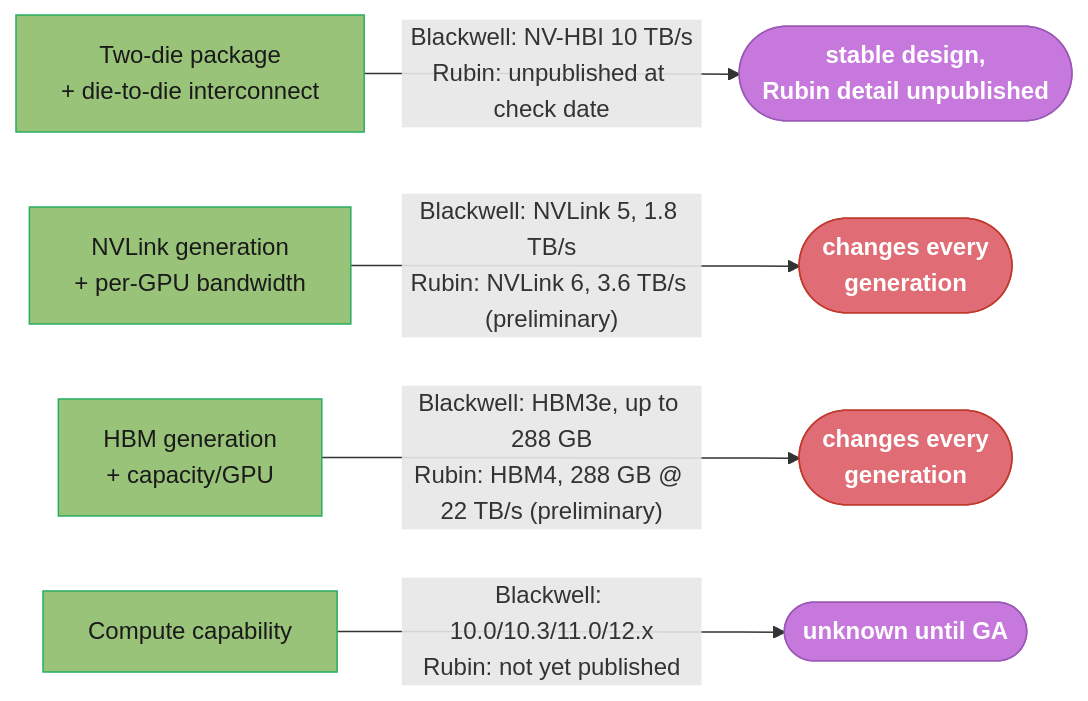
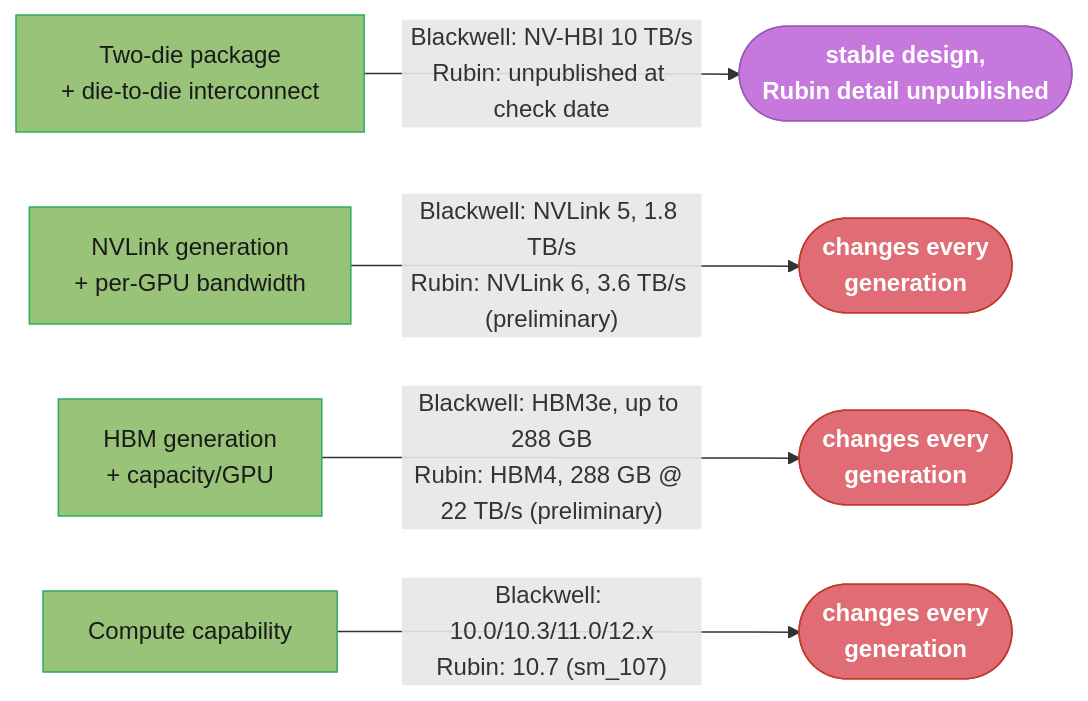
Before and after one commit to rppol/system-design: the second of 2 diagrams in src/main/java/com/rutik/systemdesign/cuda/gpu_hardware_architecture/blackwell_and_rubin_architecture.md, drawn with Mermaid. The commit also changed other lines of this file and 655 other files, not shown here.

````diff
--- a/src/main/java/com/rutik/systemdesign/cuda/gpu_hardware_architecture/blackwell_and_rubin_architecture.md
+++ b/src/main/java/com/rutik/systemdesign/cuda/gpu_hardware_architecture/blackwell_and_rubin_architecture.md
@@ -158,20 +170,20 @@
 ```mermaid
 flowchart LR
     classDef stable fill:#98c379,stroke:#27ae60,color:#1a1a1a
     classDef change fill:#e06c75,stroke:#c0392b,color:#fff,font-weight:bold
     classDef prelim fill:#c678dd,stroke:#9b59b6,color:#fff,font-weight:bold
 
     T1["Two-die package<br/>+ die-to-die interconnect"]
     T2["NVLink generation<br/>+ per-GPU bandwidth"]
     T3["HBM generation<br/>+ capacity/GPU"]
     T4["Compute capability"]
 
     T1 -->|"Blackwell: NV-HBI 10 TB/s<br/>Rubin: unpublished at check date"| T1R(["stable design,<br/>Rubin detail unpublished"])
     T2 -->|"Blackwell: NVLink 5, 1.8 TB/s<br/>Rubin: NVLink 6, 3.6 TB/s (preliminary)"| T2R(["changes every<br/>generation"])
     T3 -->|"Blackwell: HBM3e, up to 288 GB<br/>Rubin: HBM4, 288 GB @ 22 TB/s (preliminary)"| T3R(["changes every<br/>generation"])
-    T4 -->|"Blackwell: 10.0/10.3/11.0/12.x<br/>Rubin: not yet published"| T4R(["unknown until GA"])
+    T4 -->|"Blackwell: 10.0/10.3/11.0/12.x<br/>Rubin: 10.7 (sm_107)"| T4R(["changes every<br/>generation"])
 
     class T1,T2,T3,T4 stable
-    class T2R,T3R change
-    class T1R,T4R prelim
+    class T2R,T3R,T4R change
+    class T1R prelim
 ```
````
